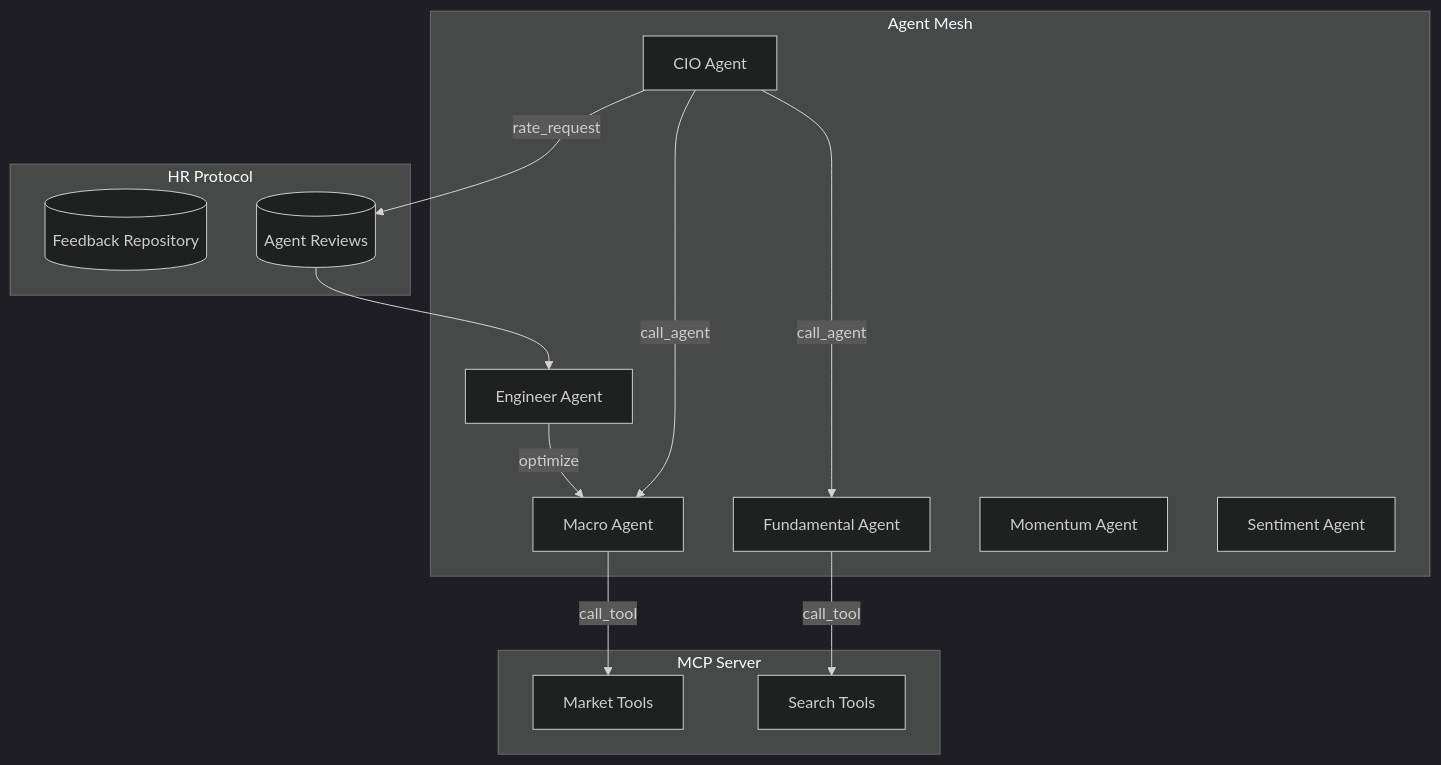
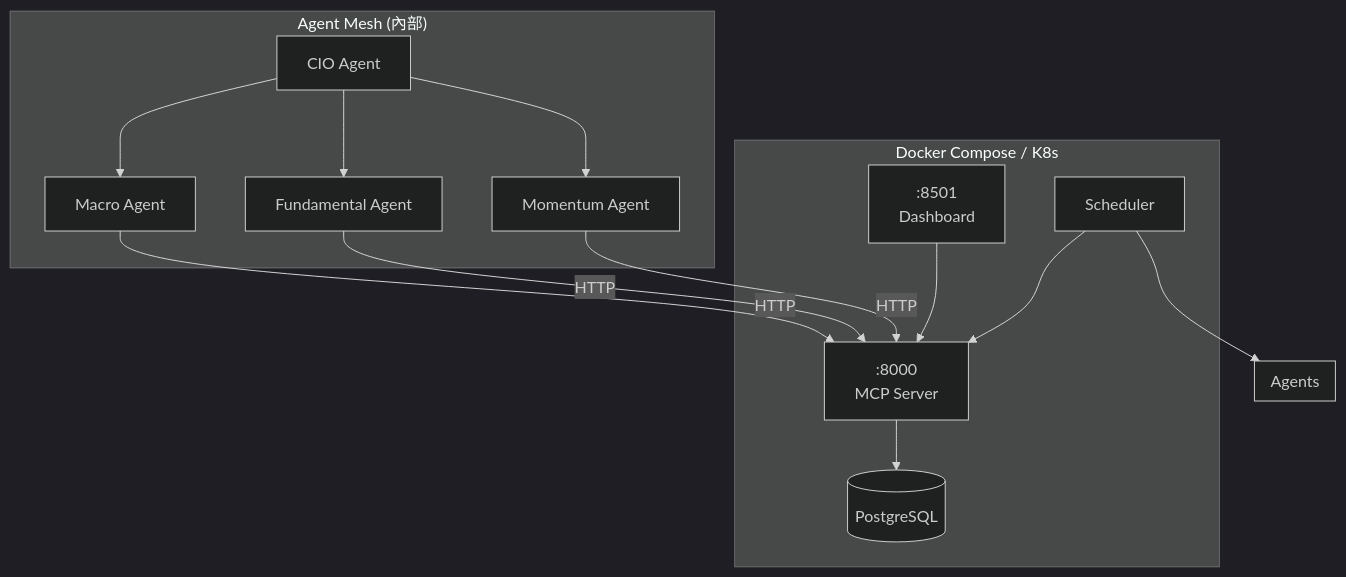
Before and after one commit to neohsiung/AI-Investment-Advisor: the diagram in wiki/04_架構觀點-Architect_Views/Agent-Mesh協議-Agent-Mesh-Protocol.md, drawn with Mermaid (dark theme). The commit also changed other lines of this file and 7 other files, not shown here.

First line of the commit message:
feat(mcp): add MCP microservice for Agent Mesh | 新增 MCP 微服務支援 Agent Mesh

````diff
--- a/wiki/04_架構觀點-Architect_Views/Agent-Mesh協議-Agent-Mesh-Protocol.md
+++ b/wiki/04_架構觀點-Architect_Views/Agent-Mesh協議-Agent-Mesh-Protocol.md
@@ -8,31 +10,23 @@
 ```mermaid
 graph TD
-    subgraph "Agent Mesh"
+    subgraph "Docker Compose / K8s"
+        Dashboard[:8501<br>Dashboard] --> MCP[:8000<br>MCP Server]
+        Scheduler[Scheduler] --> MCP
+        MCP --> DB[(PostgreSQL)]
+    end
+    
+    subgraph "Agent Mesh (內部)"
         CIO[CIO Agent]
         Macro[Macro Agent]
         Fundamental[Fundamental Agent]
         Momentum[Momentum Agent]
-        Sentiment[Sentiment Agent]
-        Engineer[Engineer Agent]
     end
     
-    subgraph "MCP Server"
-        Market[Market Tools]
-        Search[Search Tools]
+    Scheduler --> Agents
+    subgraph "Agents"
+        CIO --> Macro
+        CIO --> Fundamental
+        CIO --> Momentum
+        Macro & Fundamental & Momentum -->|HTTP| MCP
     end
-    
-    subgraph "HR Protocol"
-        Feedback[(Feedback Repository)]
-        Reviews[(Agent Reviews)]
-    end
-    
-    CIO -->|call_agent| Macro
-    CIO -->|call_agent| Fundamental
-    CIO -->|rate_request| Reviews
-    
-    Macro -->|call_tool| Market
-    Fundamental -->|call_tool| Search
-    
-    Reviews --> Engineer
-    Engineer -->|optimize| Macro
 ```
````
